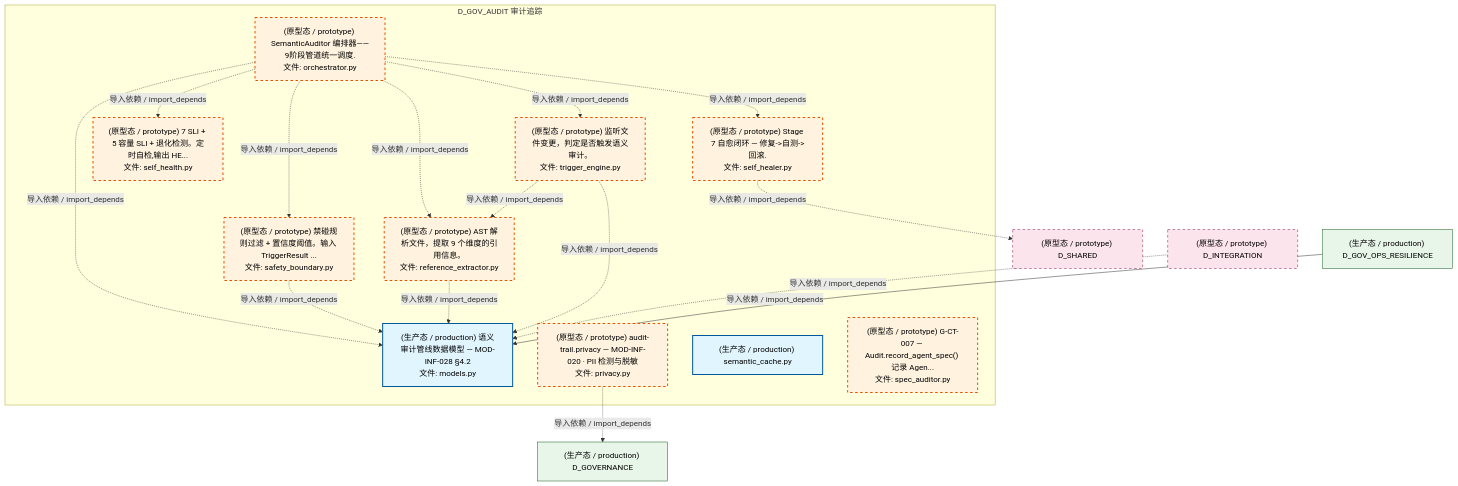
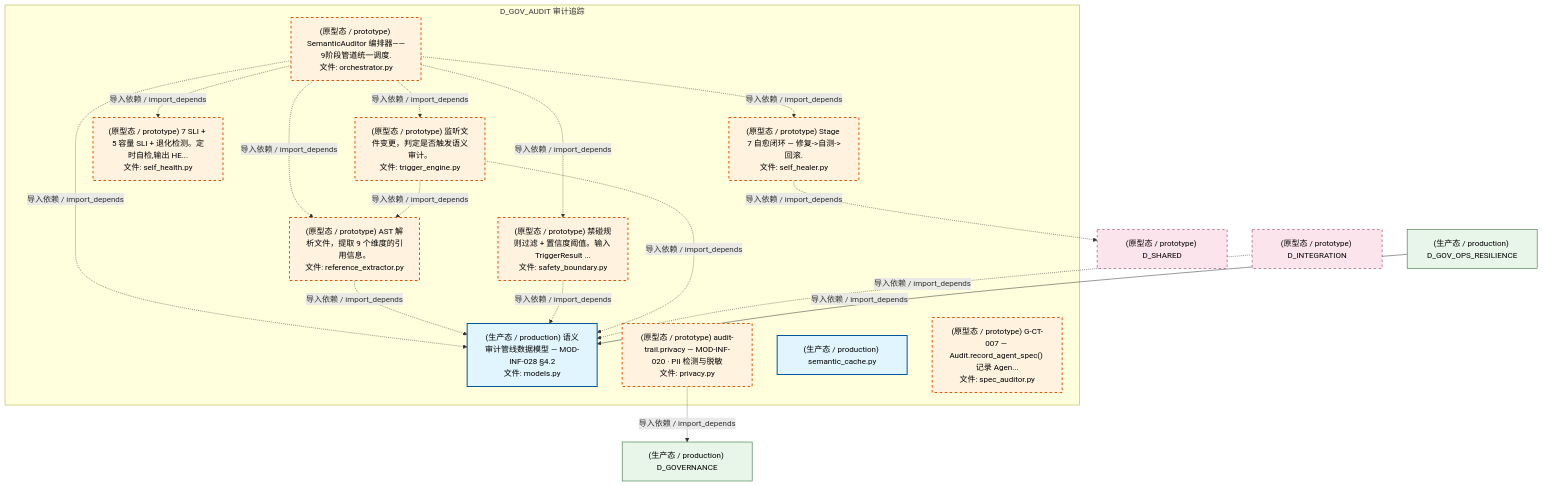
Before and after one commit to xuanFelixVan/ZephyrAlpha: the fourth of 8 diagrams in docs/02_enterprise_architecture/02_domain_architecture_docs/39_d_gov_audit.md, drawn with Mermaid. The commit also changed other lines of this file and 101 other files, not shown here.

````diff
--- a/docs/02_enterprise_architecture/02_domain_architecture_docs/39_d_gov_audit.md
+++ b/docs/02_enterprise_architecture/02_domain_architecture_docs/39_d_gov_audit.md
@@ -449,41 +449,41 @@
 ```mermaid
 graph TD
     subgraph D_GOV_AUDIT["D_GOV_AUDIT 审计追踪"]
         src_zephyr_governance_semantic_audit_models_py["(生产态 / production) 语义审计管线数据模型 — MOD-INF-028 §4.2<br/>文件: models.py"]
         src_zephyr_governance_semantic_audit_orchestrator_py["(原型态 / prototype) SemanticAuditor 编排器——9阶段管道统一调度.<br/>文件: orchestrator.py"]
         src_zephyr_governance_semantic_audit_privacy_py["(原型态 / prototype) audit-trail.privacy — MOD-INF-020 · PII 检测与脱敏<br/>文件: privacy.py"]
         src_zephyr_governance_semantic_audit_reference_extractor_py["(原型态 / prototype) AST 解析文件，提取 9 个维度的引用信息。<br/>文件: reference_extractor.py"]
         src_zephyr_governance_semantic_audit_safety_boundary_py["(原型态 / prototype) 禁碰规则过滤 + 置信度阈值。输入 TriggerResult ...<br/>文件: safety_boundary.py"]
         src_zephyr_governance_semantic_audit_self_healer_py["(原型态 / prototype) Stage 7 自愈闭环 — 修复->自测->回滚.<br/>文件: self_healer.py"]
         src_zephyr_governance_semantic_audit_self_health_py["(原型态 / prototype) 7 SLI + 5 容量 SLI + 退化检测。定时自检,输出 HE...<br/>文件: self_health.py"]
         src_zephyr_governance_semantic_audit_semantic_cache_py["(生产态 / production) semantic_cache.py"]
         src_zephyr_governance_semantic_audit_spec_auditor_py["(原型态 / prototype) G-CT-007 — Audit.record_agent_spec() 记录 Agen...<br/>文件: spec_auditor.py"]
         src_zephyr_governance_semantic_audit_trigger_engine_py["(原型态 / prototype) 监听文件变更，判定是否触发语义审计。<br/>文件: trigger_engine.py"]
     end
     src_zephyr_governance_semantic_audit_orchestrator_py -.->|导入依赖 / import_depends| src_zephyr_governance_semantic_audit_models_py
+    src_zephyr_governance_semantic_audit_orchestrator_py -.->|导入依赖 / import_depends| src_zephyr_governance_semantic_audit_reference_extractor_py
     src_zephyr_governance_semantic_audit_orchestrator_py -.->|导入依赖 / import_depends| src_zephyr_governance_semantic_audit_safety_boundary_py
     src_zephyr_governance_semantic_audit_orchestrator_py -.->|导入依赖 / import_depends| src_zephyr_governance_semantic_audit_self_healer_py
-    src_zephyr_governance_semantic_audit_orchestrator_py -.->|导入依赖 / import_depends| src_zephyr_governance_semantic_audit_reference_extractor_py
+    src_zephyr_governance_semantic_audit_orchestrator_py -.->|导入依赖 / import_depends| src_zephyr_governance_semantic_audit_trigger_engine_py
     src_zephyr_governance_semantic_audit_orchestrator_py -.->|导入依赖 / import_depends| src_zephyr_governance_semantic_audit_self_health_py
-    src_zephyr_governance_semantic_audit_orchestrator_py -.->|导入依赖 / import_depends| src_zephyr_governance_semantic_audit_trigger_engine_py
+    src_zephyr_governance_semantic_audit_reference_extractor_py -.->|导入依赖 / import_depends| src_zephyr_governance_semantic_audit_models_py
     src_zephyr_governance_semantic_audit_safety_boundary_py -.->|导入依赖 / import_depends| src_zephyr_governance_semantic_audit_models_py
-    src_zephyr_governance_semantic_audit_reference_extractor_py -.->|导入依赖 / import_depends| src_zephyr_governance_semantic_audit_models_py
     src_zephyr_governance_semantic_audit_trigger_engine_py -.->|导入依赖 / import_depends| src_zephyr_governance_semantic_audit_models_py
     src_zephyr_governance_semantic_audit_trigger_engine_py -.->|导入依赖 / import_depends| src_zephyr_governance_semantic_audit_reference_extractor_py
     D_GOVERNANCE["(生产态 / production) D_GOVERNANCE"]
     src_zephyr_governance_semantic_audit_privacy_py -.->|导入依赖 / import_depends| D_GOVERNANCE
     D_SHARED["(原型态 / prototype) D_SHARED"]
     src_zephyr_governance_semantic_audit_self_healer_py -.->|导入依赖 / import_depends| D_SHARED
     D_INTEGRATION["(原型态 / prototype) D_INTEGRATION"]
     D_INTEGRATION -.->|导入依赖 / import_depends| src_zephyr_governance_semantic_audit_models_py
     D_GOV_OPS_RESILIENCE["(生产态 / production) D_GOV_OPS_RESILIENCE"]
     D_GOV_OPS_RESILIENCE -->|导入依赖 / import_depends| src_zephyr_governance_semantic_audit_models_py
     classDef production fill:#e1f5fe,stroke:#01579b,stroke-width:2px,color:#000
     classDef design fill:#fff3e0,stroke:#e65100,stroke-width:2px,color:#000,stroke-dasharray: 5 5
     classDef external_prod fill:#e8f5e9,stroke:#1b5e20,stroke-width:1px,color:#000
     classDef external_design fill:#fce4ec,stroke:#880e4f,stroke-width:1px,color:#000,stroke-dasharray: 5 5
     class src_zephyr_governance_semantic_audit_models_py,src_zephyr_governance_semantic_audit_semantic_cache_py production
     class src_zephyr_governance_semantic_audit_orchestrator_py,src_zephyr_governance_semantic_audit_privacy_py,src_zephyr_governance_semantic_audit_reference_extractor_py,src_zephyr_governance_semantic_audit_safety_boundary_py,src_zephyr_governance_semantic_audit_self_healer_py,src_zephyr_governance_semantic_audit_self_health_py,src_zephyr_governance_semantic_audit_spec_auditor_py,src_zephyr_governance_semantic_audit_trigger_engine_py design
     class D_GOVERNANCE,D_GOV_OPS_RESILIENCE external_prod
     class D_SHARED,D_INTEGRATION external_design
 ```
````
